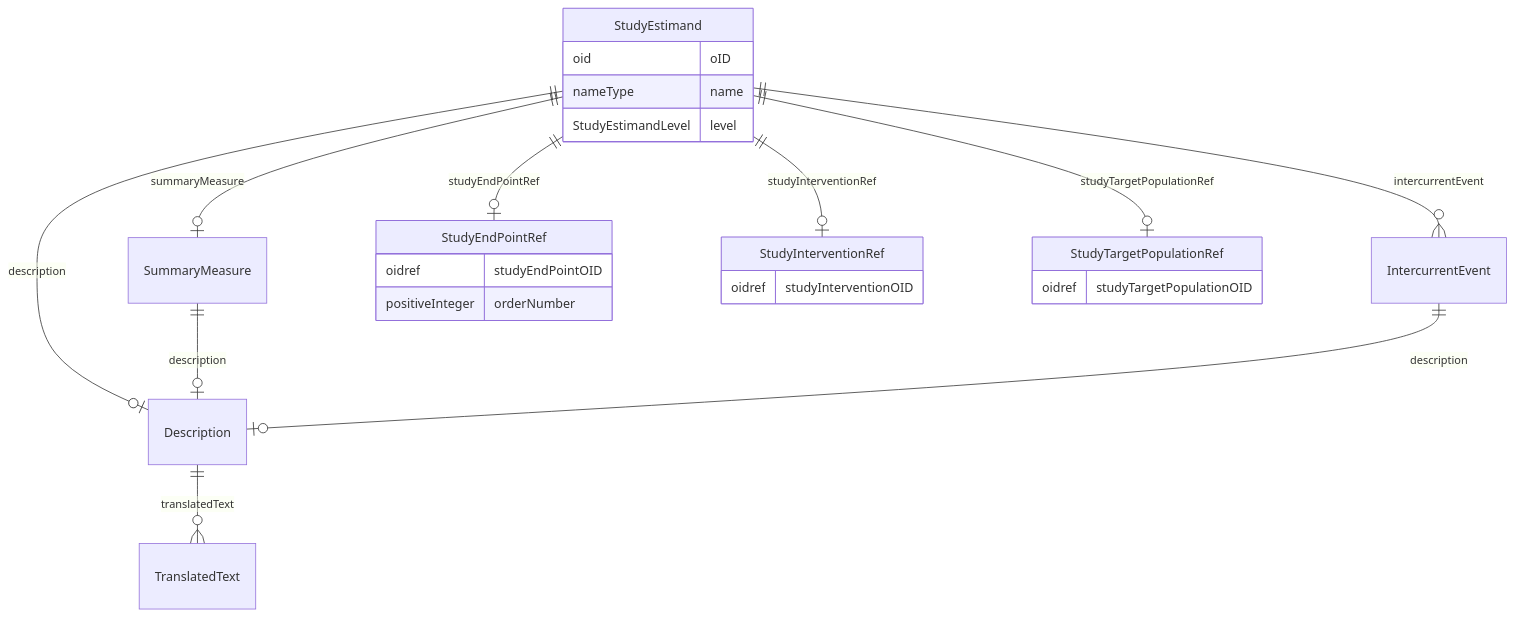
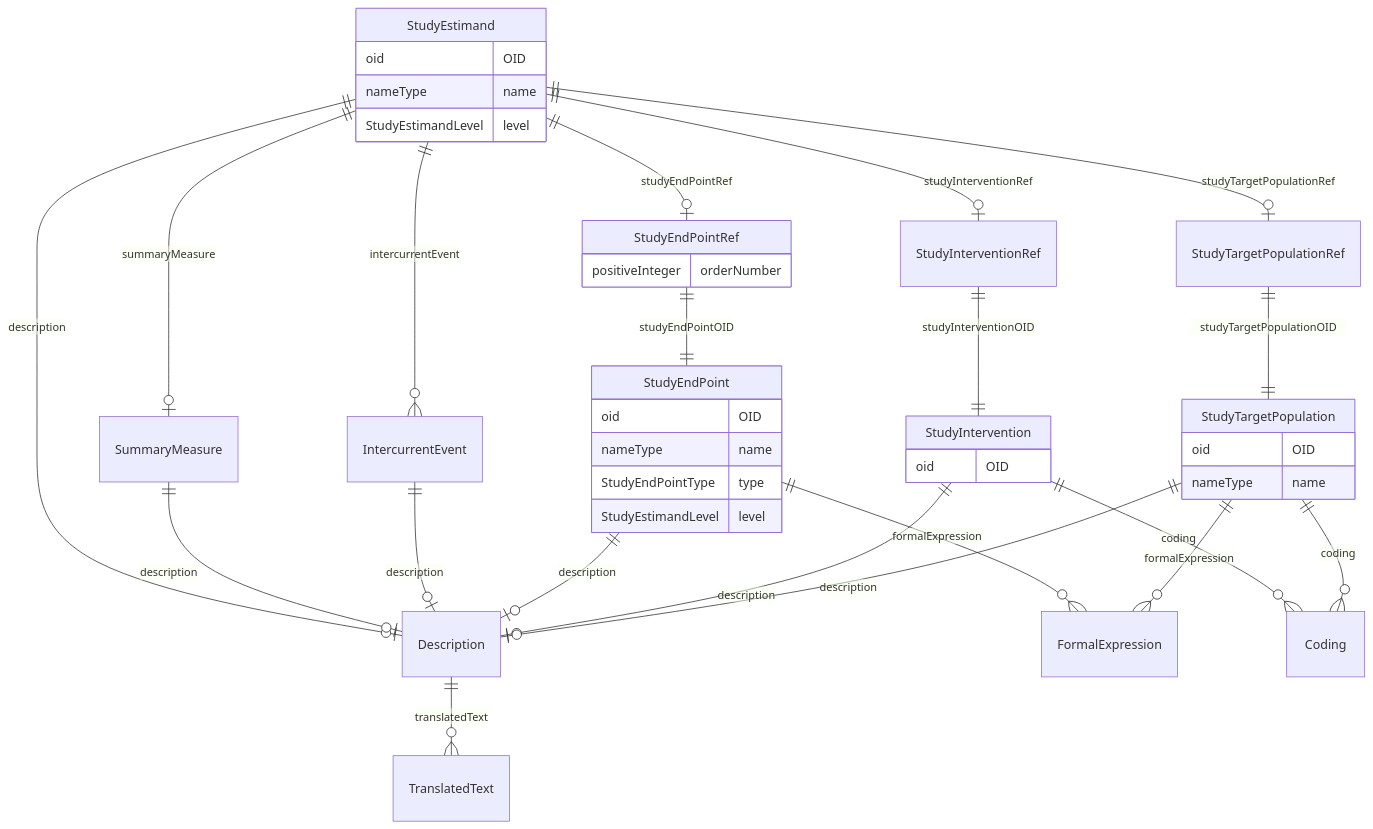
Before and after one commit to cdisc-org/DataExchange-ODM-LinkML: the diagram in docs/StudyEstimand.md, drawn with Mermaid. The commit also changed other lines of this file and 338 other files, not shown here.

Commit message:
improved references by detecting targets for oidref type slots

````diff
--- a/docs/StudyEstimand.md
+++ b/docs/StudyEstimand.md
@@ -11,38 +11,60 @@
 ```mermaid
 erDiagram
 StudyEstimand {
-    oid oID  
+    oid OID  
     nameType name  
     StudyEstimandLevel level  
 }
 SummaryMeasure {
 
 }
 Description {
 
 }
 IntercurrentEvent {
 
 }
 StudyEndPointRef {
-    oidref studyEndPointOID  
     positiveInteger orderNumber  
 }
+StudyEndPoint {
+    oid OID  
+    nameType name  
+    StudyEndPointType type  
+    StudyEstimandLevel level  
+}
 StudyInterventionRef {
-    oidref studyInterventionOID  
+
+}
+StudyIntervention {
+    oid OID  
 }
 StudyTargetPopulationRef {
-    oidref studyTargetPopulationOID  
+
+}
+StudyTargetPopulation {
+    oid OID  
+    nameType name  
 }
 
 StudyEstimand ||--|o Description : "description"
 StudyEstimand ||--|o StudyTargetPopulationRef : "studyTargetPopulationRef"
 StudyEstimand ||--|o StudyInterventionRef : "studyInterventionRef"
 StudyEstimand ||--|o StudyEndPointRef : "studyEndPointRef"
 StudyEstimand ||--}o IntercurrentEvent : "intercurrentEvent"
 StudyEstimand ||--|o SummaryMeasure : "summaryMeasure"
 SummaryMeasure ||--|o Description : "description"
 Description ||--}o TranslatedText : "translatedText"
 IntercurrentEvent ||--|o Description : "description"
+StudyEndPointRef ||--|| StudyEndPoint : "studyEndPointOID"
+StudyEndPoint ||--|o Description : "description"
+StudyEndPoint ||--}o FormalExpression : "formalExpression"
+StudyInterventionRef ||--|| StudyIntervention : "studyInterventionOID"
+StudyIntervention ||--|o Description : "description"
+StudyIntervention ||--}o Coding : "coding"
+StudyTargetPopulationRef ||--|| StudyTargetPopulation : "studyTargetPopulationOID"
+StudyTargetPopulation ||--|o Description : "description"
+StudyTargetPopulation ||--}o Coding : "coding"
+StudyTargetPopulation ||--}o FormalExpression : "formalExpression"
 
 ```
````
